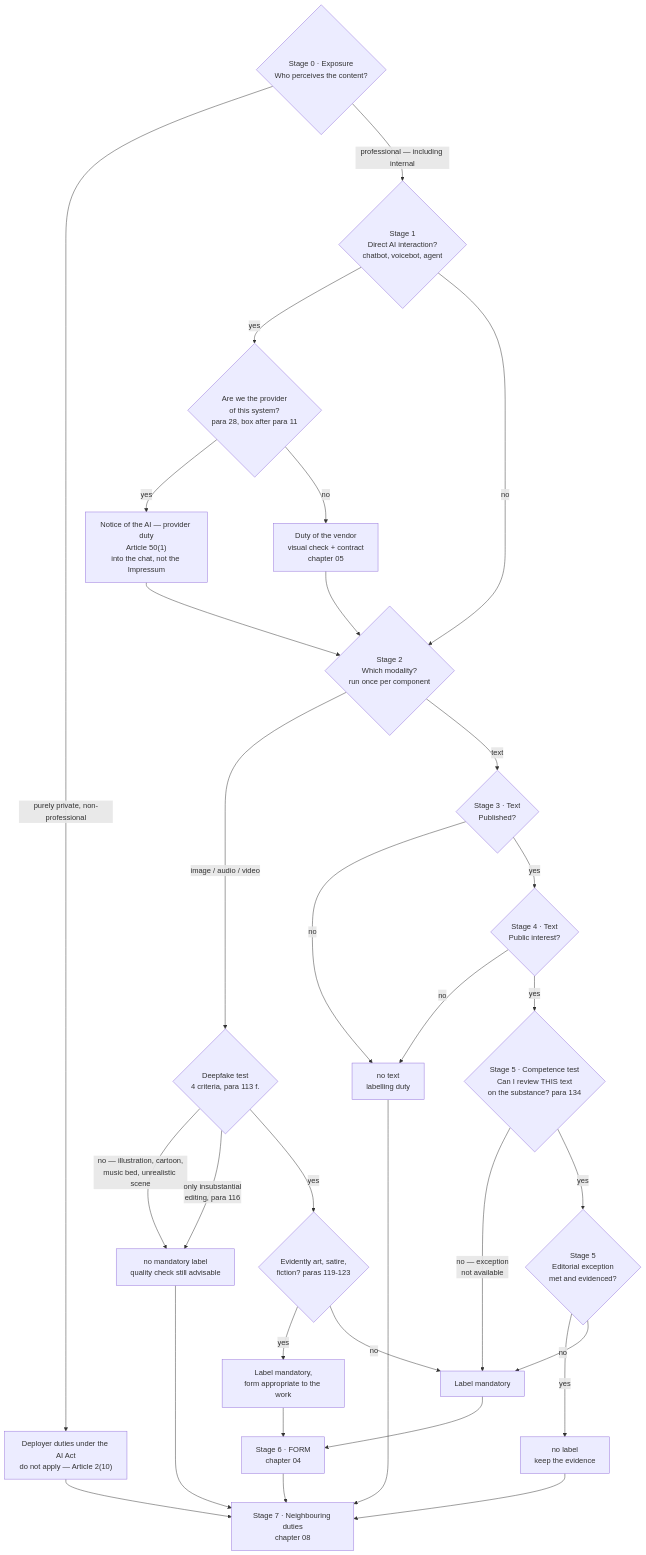
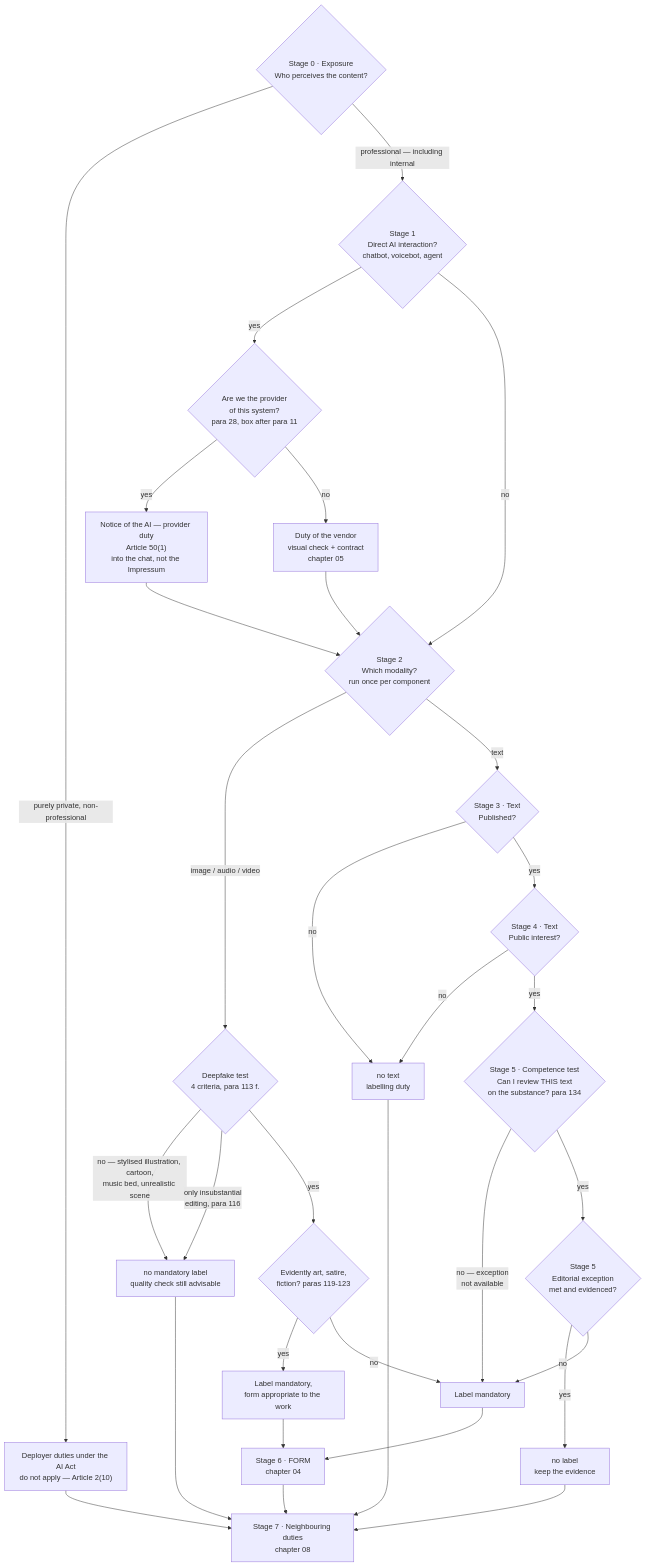
The diagram in playbook/en/01-decision-tree.md (eduard-wolf/eu-ai-act-content-transparency), drawn with Mermaid before and after one commit. The commit also changed other lines of this file and 30 other files, not shown here.

````diff
--- a/playbook/en/01-decision-tree.md
+++ b/playbook/en/01-decision-tree.md
@@ -50,54 +51,54 @@
 ```mermaid
 flowchart TD
     S0{"Stage 0 · Exposure<br/>Who perceives the content?"}
     E0["Deployer duties under the AI Act<br/>do not apply — Article 2(10)"]
     S1{"Stage 1<br/>Direct AI interaction?<br/>chatbot, voicebot, agent"}
     R1{"Are we the provider<br/>of this system?<br/>para 28, box after para 11"}
     P1["Notice of the AI — provider duty<br/>Article 50(1)<br/>into the chat, not the Impressum"]
     PH["Duty of the vendor<br/>visual check + contract<br/>chapter 05"]
     S2{"Stage 2<br/>Which modality?<br/>run once per component"}
     DF{"Deepfake test<br/>4 criteria, para 113 f."}
     KU{"Evidently art, satire,<br/>fiction? paras 119-123"}
     S3{"Stage 3 · Text<br/>Published?"}
     S4{"Stage 4 · Text<br/>Public interest?"}
     K5{"Stage 5 · Competence test<br/>Can I review THIS text<br/>on the substance? para 134"}
     S5{"Stage 5<br/>Editorial exception<br/>met and evidenced?"}
     F1["no mandatory label<br/>quality check still advisable"]
     F2["no text<br/>labelling duty"]
     F3["no label<br/>keep the evidence"]
     L1["Label mandatory"]
     L2["Label mandatory,<br/>form appropriate to the work"]
     S6["Stage 6 · FORM<br/>chapter 04"]
     S7["Stage 7 · Neighbouring duties<br/>chapter 08"]
 
     S0 -->|"purely private, non-professional"| E0
     S0 -->|"professional — including internal"| S1
     S1 -->|"yes"| R1
     S1 -->|"no"| S2
     R1 -->|"yes"| P1
     R1 -->|"no"| PH
     P1 --> S2
     PH --> S2
     S2 -->|"image / audio / video"| DF
     S2 -->|"text"| S3
-    DF -->|"no — illustration, cartoon,<br/>music bed, unrealistic scene"| F1
+    DF -->|"no — stylised illustration, cartoon,<br/>music bed, unrealistic scene"| F1
     DF -->|"only insubstantial<br/>editing, para 116"| F1
     DF -->|"yes"| KU
     KU -->|"yes"| L2
     KU -->|"no"| L1
     S3 -->|"no"| F2
     S3 -->|"yes"| S4
     S4 -->|"no"| F2
     S4 -->|"yes"| K5
     K5 -->|"no — exception<br/>not available"| L1
     K5 -->|"yes"| S5
     S5 -->|"yes"| F3
     S5 -->|"no"| L1
     L1 --> S6
     L2 --> S6
     S6 --> S7
     F1 --> S7
     F2 --> S7
     F3 --> S7
     E0 --> S7
 ```
````
